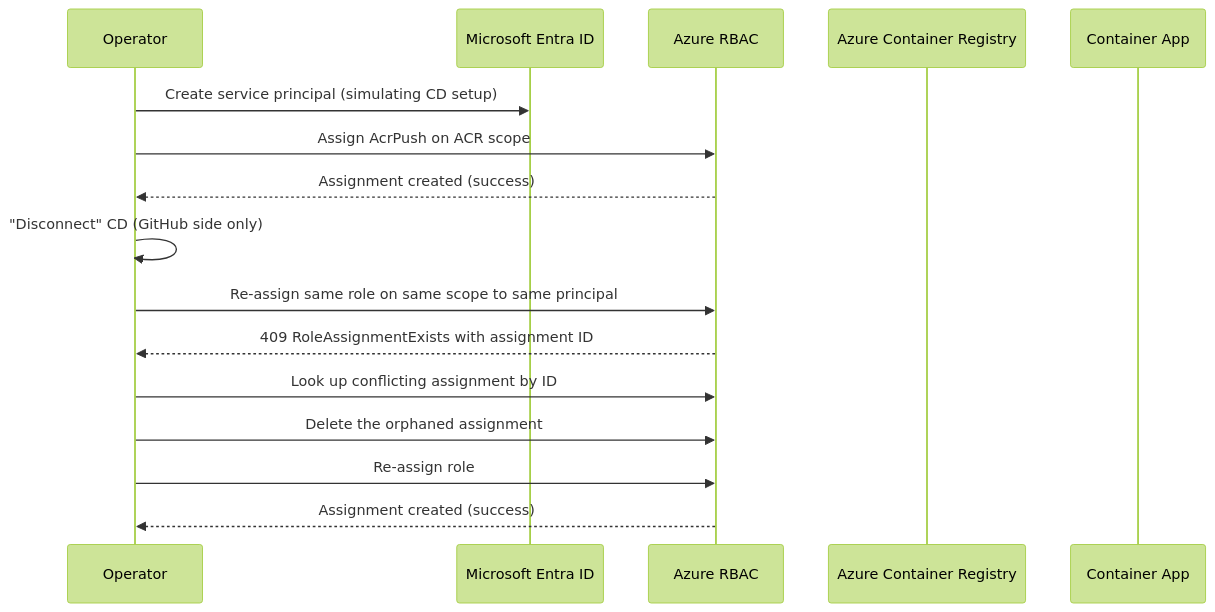
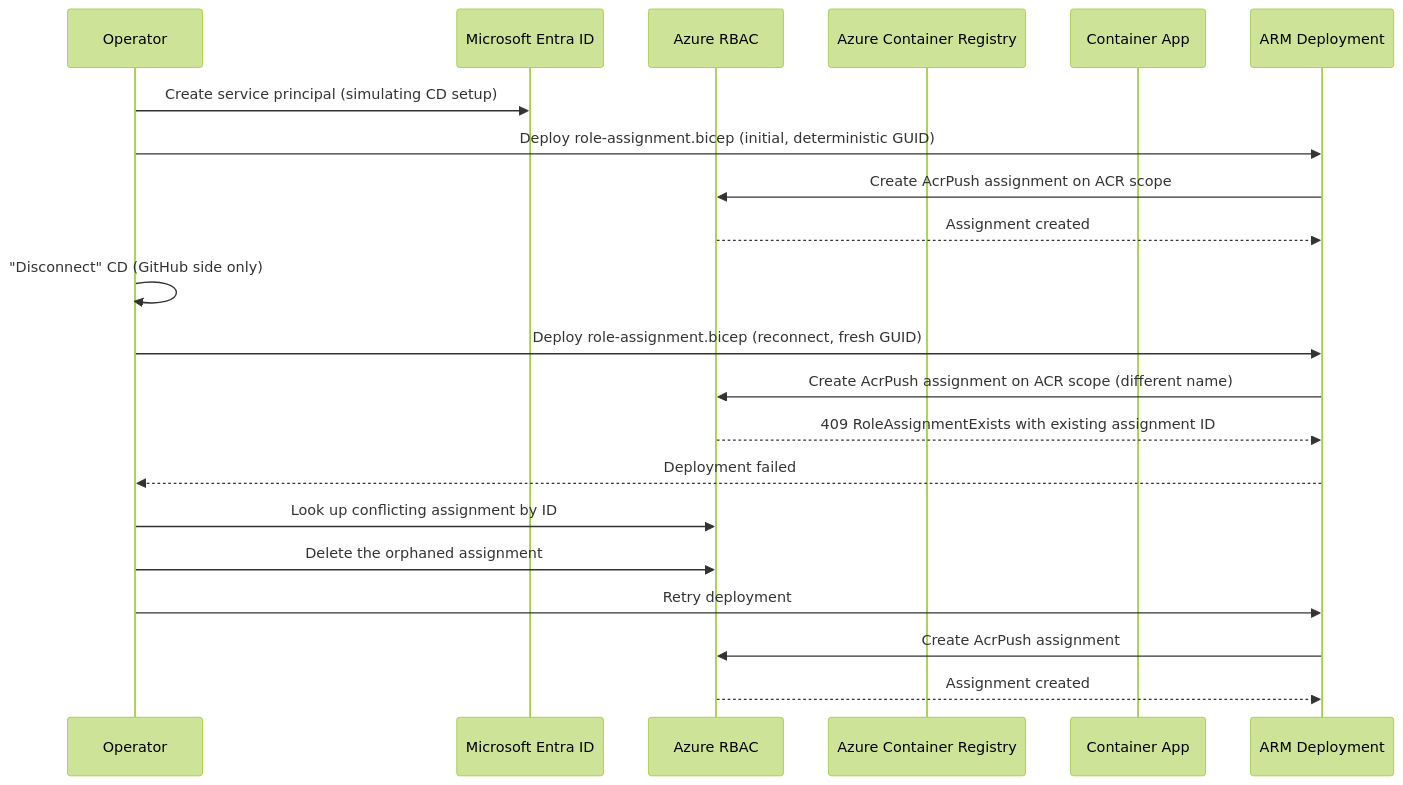
Before and after one commit to yeongseon/azure-container-apps-practical-guide: the diagram in docs/troubleshooting/lab-guides/cd-reconnect-rbac-conflict.md, drawn with Mermaid (forest theme). The commit also changed other lines of this file and 6 other files, not shown here.

First line of the commit message:
docs: validate CD reconnect RBAC lab against real Azure deployment

````diff
--- a/docs/troubleshooting/lab-guides/cd-reconnect-rbac-conflict.md
+++ b/docs/troubleshooting/lab-guides/cd-reconnect-rbac-conflict.md
@@ -52,18 +64,23 @@
 ```mermaid
 sequenceDiagram
     participant Op as Operator
     participant AAD as Microsoft Entra ID
     participant RBAC as Azure RBAC
     participant ACR as Azure Container Registry
     participant ACA as Container App
+    participant ARM as ARM Deployment
     Op->>AAD: Create service principal (simulating CD setup)
-    Op->>RBAC: Assign AcrPush on ACR scope
-    RBAC-->>Op: Assignment created (success)
+    Op->>ARM: Deploy role-assignment.bicep (initial, deterministic GUID)
+    ARM->>RBAC: Create AcrPush assignment on ACR scope
+    RBAC-->>ARM: Assignment created
     Op->>Op: "Disconnect" CD (GitHub side only)
-    Op->>RBAC: Re-assign same role on same scope to same principal
-    RBAC-->>Op: 409 RoleAssignmentExists with assignment ID
+    Op->>ARM: Deploy role-assignment.bicep (reconnect, fresh GUID)
+    ARM->>RBAC: Create AcrPush assignment on ACR scope (different name)
+    RBAC-->>ARM: 409 RoleAssignmentExists with existing assignment ID
+    ARM-->>Op: Deployment failed
     Op->>RBAC: Look up conflicting assignment by ID
     Op->>RBAC: Delete the orphaned assignment
-    Op->>RBAC: Re-assign role
-    RBAC-->>Op: Assignment created (success)
+    Op->>ARM: Retry deployment
+    ARM->>RBAC: Create AcrPush assignment
+    RBAC-->>ARM: Assignment created
 ```
````
